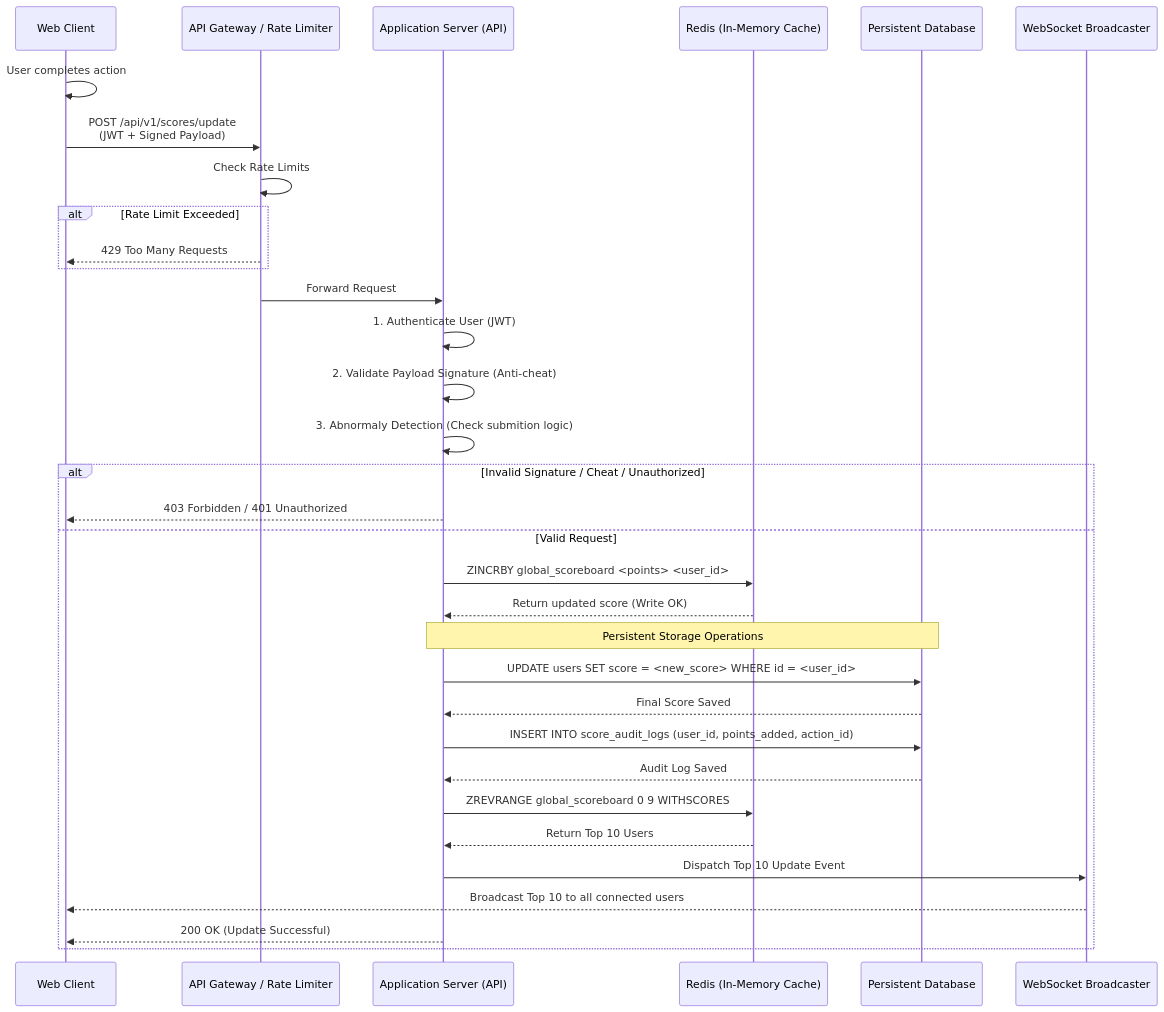
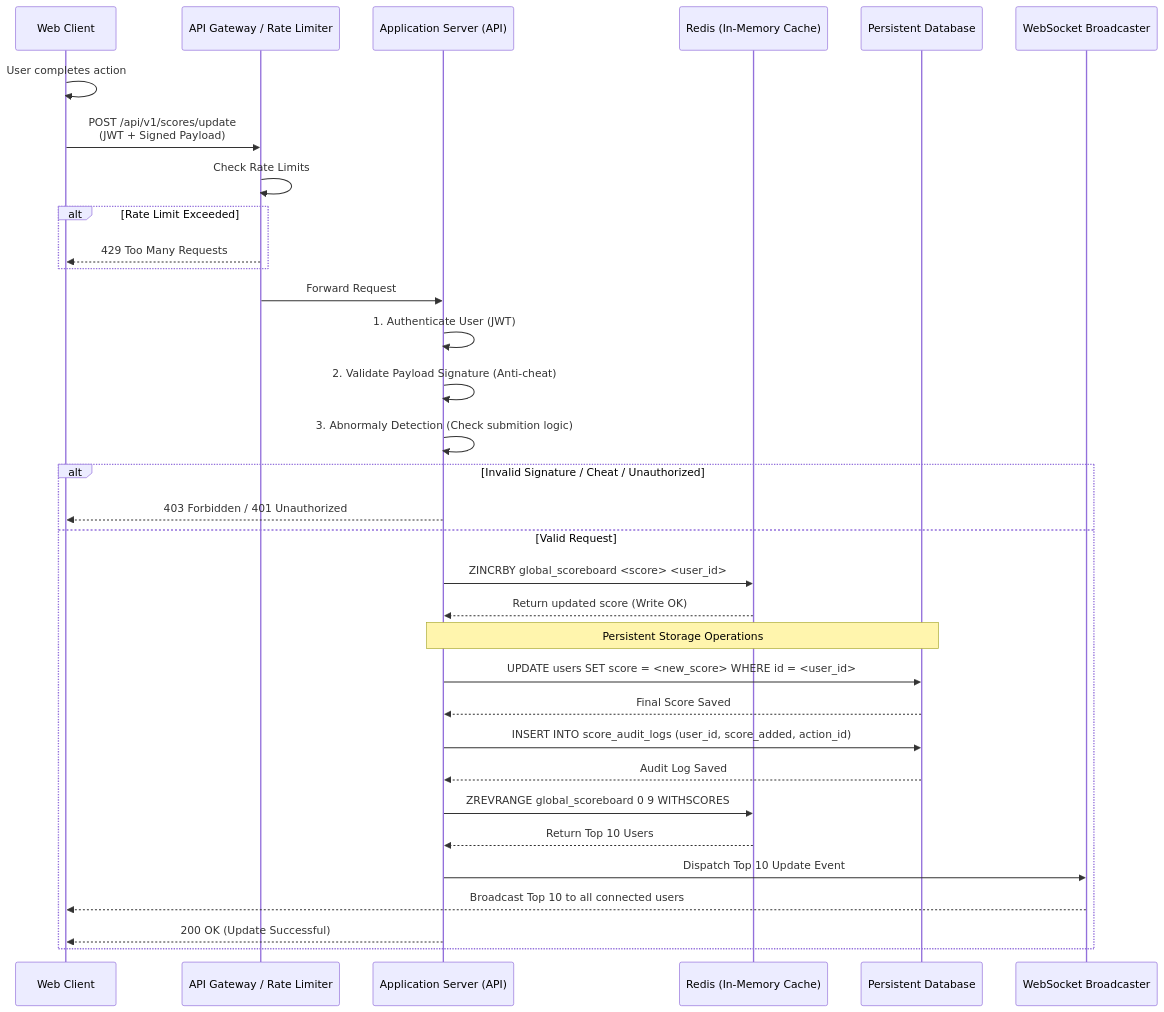
Before and after one commit to hlongvu/code-challenge: the diagram in src/problem6/architecture.md, drawn with Mermaid. The commit also changed other lines of this file and 1 other file, not shown here.

Commit message:
add diagram and improvement notes

````diff
--- a/src/problem6/architecture.md
+++ b/src/problem6/architecture.md
@@ -16,44 +16,44 @@
 ```mermaid
 sequenceDiagram
     participant Client as Web Client
     participant Auth as API Gateway / Rate Limiter
     participant Server as Application Server (API)
     participant Redis as Redis (In-Memory Cache)
     participant DB as Persistent Database
     participant WS as WebSocket Broadcaster
 
     Client->>Client: User completes action
     Client->>Auth: POST /api/v1/scores/update<br/>(JWT + Signed Payload)
     
     Auth->>Auth: Check Rate Limits
     alt Rate Limit Exceeded
         Auth-->>Client: 429 Too Many Requests
     end
     
     Auth->>Server: Forward Request
     Server->>Server: 1. Authenticate User (JWT)
     Server->>Server: 2. Validate Payload Signature (Anti-cheat)
     Server->>Server: 3. Abnormaly Detection (Check submition logic)
 
 
     alt Invalid Signature / Cheat / Unauthorized
         Server-->>Client: 403 Forbidden / 401 Unauthorized
     else Valid Request
-        Server->>Redis: ZINCRBY global_scoreboard <points> <user_id>
+        Server->>Redis: ZINCRBY global_scoreboard <score> <user_id>
         Redis-->>Server: Return updated score (Write OK)
         
         Note over Server, DB: Persistent Storage Operations
         Server->>DB: UPDATE users SET score = <new_score> WHERE id = <user_id>
         DB-->>Server: Final Score Saved
         
-        Server->>DB: INSERT INTO score_audit_logs (user_id, points_added, action_id)
+        Server->>DB: INSERT INTO score_audit_logs (user_id, score_added, action_id)
         DB-->>Server: Audit Log Saved
         
         Server->>Redis: ZREVRANGE global_scoreboard 0 9 WITHSCORES
         Redis-->>Server: Return Top 10 Users
         
         Server->>WS: Dispatch Top 10 Update Event
         WS-->>Client: Broadcast Top 10 to all connected users
         Server-->>Client: 200 OK (Update Successful)
     end
 ```
````
